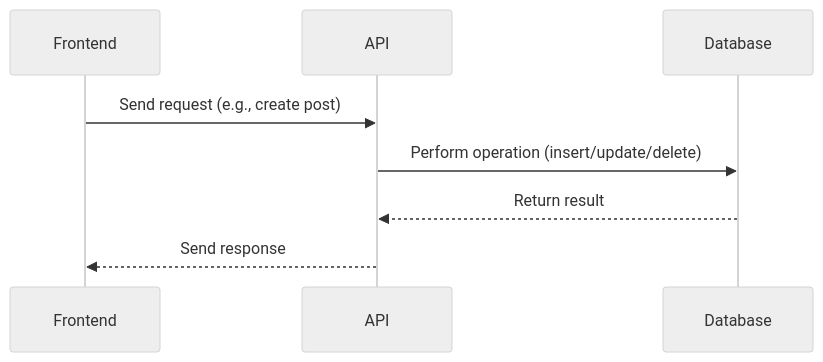
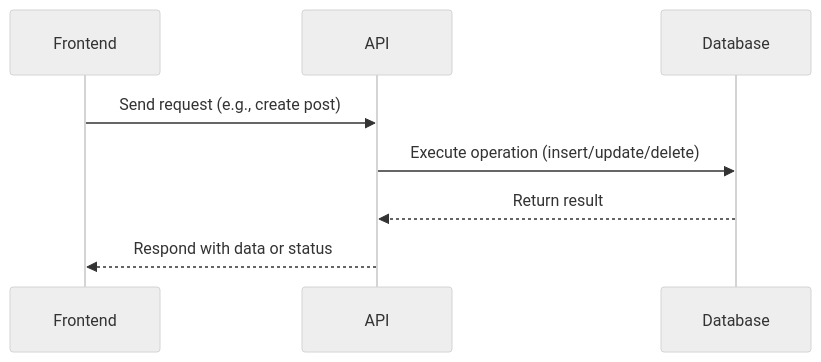
One commit to HackyCoder0951/focus-hub-design-899f45ae changed the first of 3 diagrams in modules_documentation/ApiModules.md. Above: the diagram before and after it, drawn with Mermaid (neutral theme). The commit also changed other lines of this file and 6 other files, not shown here.

First line of the commit message:
Enhance API and Chat documentation with updated diagrams and database design

````diff
--- a/modules_documentation/ApiModules.md
+++ b/modules_documentation/ApiModules.md
@@ -7,10 +7,10 @@
 ```mermaid
 sequenceDiagram
     participant Frontend
     participant API
     participant Database
     Frontend->>API: Send request (e.g., create post)
-    API->>Database: Perform operation (insert/update/delete)
+    API->>Database: Execute operation (insert/update/delete)
     Database-->>API: Return result
-    API-->>Frontend: Send response
+    API-->>Frontend: Respond with data or status
 ```
````
